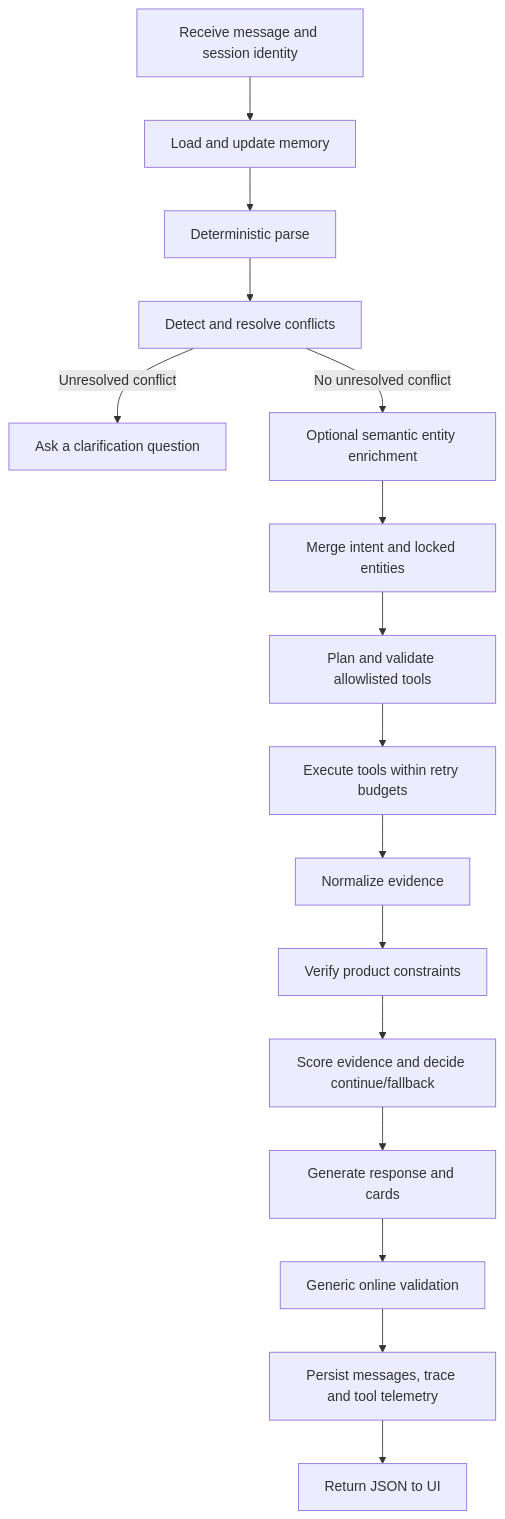
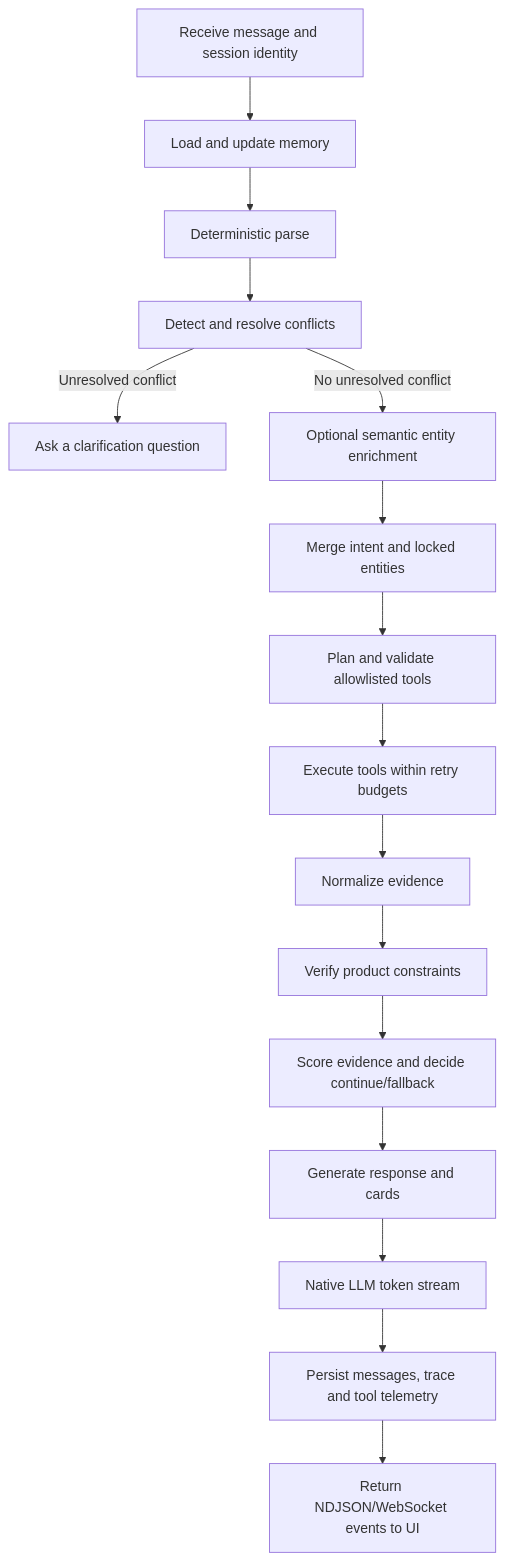
One commit to quyendzvaio/shopquanao changed the second of 4 diagrams in docs/SRS_Chatbot_ISO_IEC_IEEE_29148_2018.md. Above: the diagram before and after it, drawn with Mermaid. The commit also changed other lines of this file and 98 other files, not shown here.

````diff
--- a/docs/SRS_Chatbot_ISO_IEC_IEEE_29148_2018.md
+++ b/docs/SRS_Chatbot_ISO_IEC_IEEE_29148_2018.md
@@ -121,18 +121,18 @@
 ```mermaid
 flowchart TD
     A[Receive message and session identity] --> B[Load and update memory]
     B --> C[Deterministic parse]
     C --> D[Detect and resolve conflicts]
     D -->|Unresolved conflict| E[Ask a clarification question]
     D -->|No unresolved conflict| F[Optional semantic entity enrichment]
     F --> G[Merge intent and locked entities]
     G --> H[Plan and validate allowlisted tools]
     H --> I[Execute tools within retry budgets]
     I --> J[Normalize evidence]
     J --> K[Verify product constraints]
     K --> L[Score evidence and decide continue/fallback]
     L --> M[Generate response and cards]
-    M --> N[Generic online validation]
+    M --> N[Native LLM token stream]
     N --> O[Persist messages, trace and tool telemetry]
-    O --> P[Return JSON to UI]
+    O --> P[Return NDJSON/WebSocket events to UI]
 ```
````
